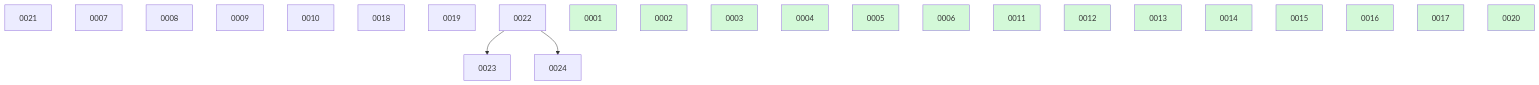
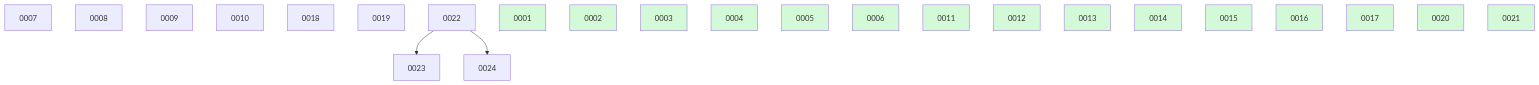
The diagram in docs/changes/BOARD.md (danielhanold/docket), drawn with Mermaid before and after one commit. The commit also changed other lines of this file, not shown here.

First line of the commit message:
board: 0021 done — finalized, archived (24 changes: 8 proposed · 1 implemented · 15 done)

````diff
--- a/docs/changes/BOARD.md
+++ b/docs/changes/BOARD.md
@@ -25,27 +24,27 @@
 ```mermaid
 graph TD
-  0021
   0007
   0008
   0009
   0010
   0018
   0019
   0022 --> 0023
   0022 --> 0024
   0001:::done
   0002:::done
   0003:::done
   0004:::done
   0005:::done
   0006:::done
   0011:::done
   0012:::done
   0013:::done
   0014:::done
   0015:::done
   0016:::done
   0017:::done
   0020:::done
+  0021:::done
   classDef done fill:#d3f9d8;
 ```
````
